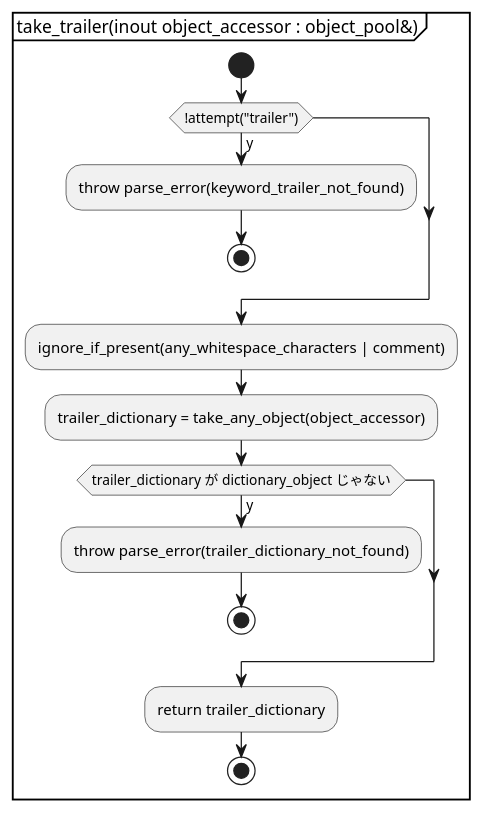
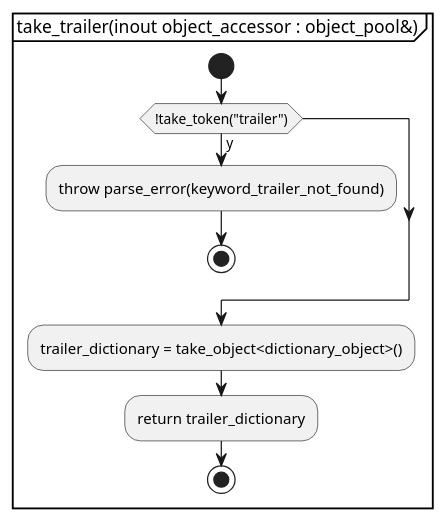
The tenth of 27 diagrams in document/stream_parser.activity.pu (KodaiYM/PDFReader), drawn with PlantUML before and after one commit. The commit also changed other lines of this file and 7 other files, not shown here.

```diff
--- a/document/stream_parser.activity.pu
+++ b/document/stream_parser.activity.pu
@@ -253,17 +170,13 @@
 @startuml take_trailer
 partition "take_trailer(inout object_accessor : object_pool&)" {
 start
-	if (!attempt("trailer")) then (y)
+	if (!take_token("trailer")) then (y)
 		:throw parse_error(keyword_trailer_not_found);
 		stop
 	endif
-	:ignore_if_present(any_whitespace_characters | comment);
-	:trailer_dictionary = take_any_object(object_accessor);
-	if (trailer_dictionary が dictionary_object じゃない) then (y)
-		:throw parse_error(trailer_dictionary_not_found);
-		stop
-	endif
+
+	:trailer_dictionary = take_object<dictionary_object>();
 	:return trailer_dictionary;
 stop
 }
 @enduml
```
